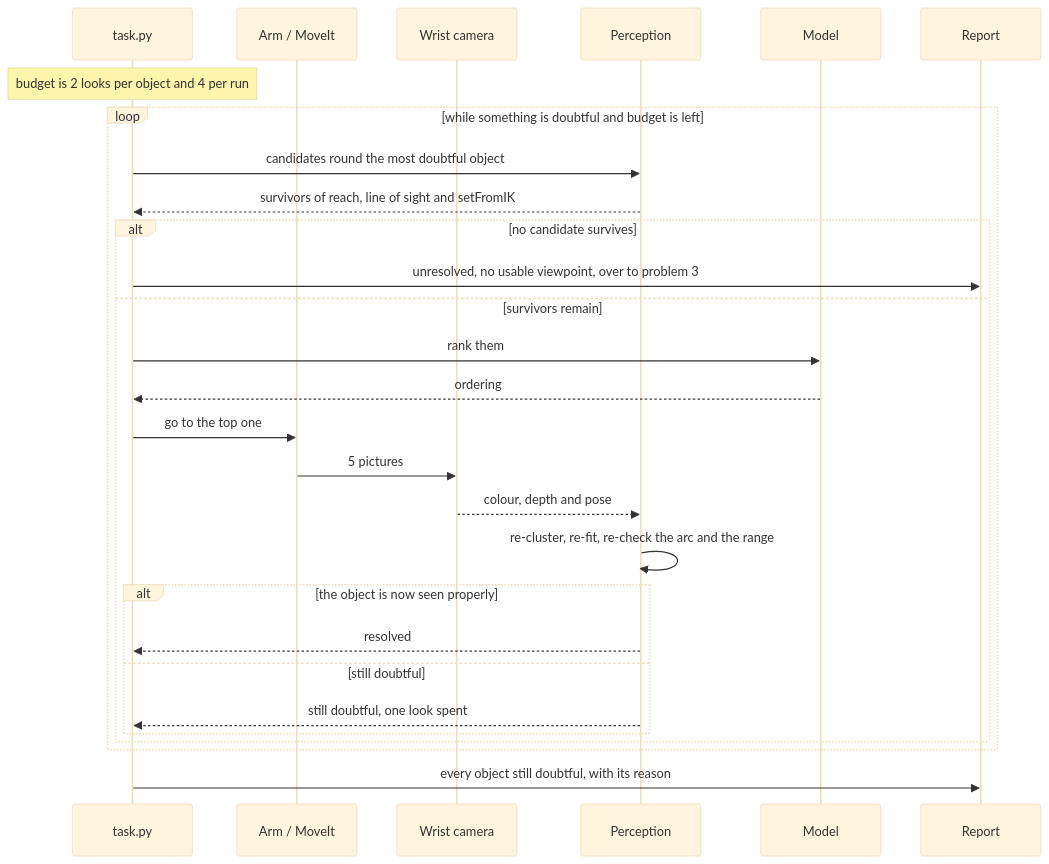
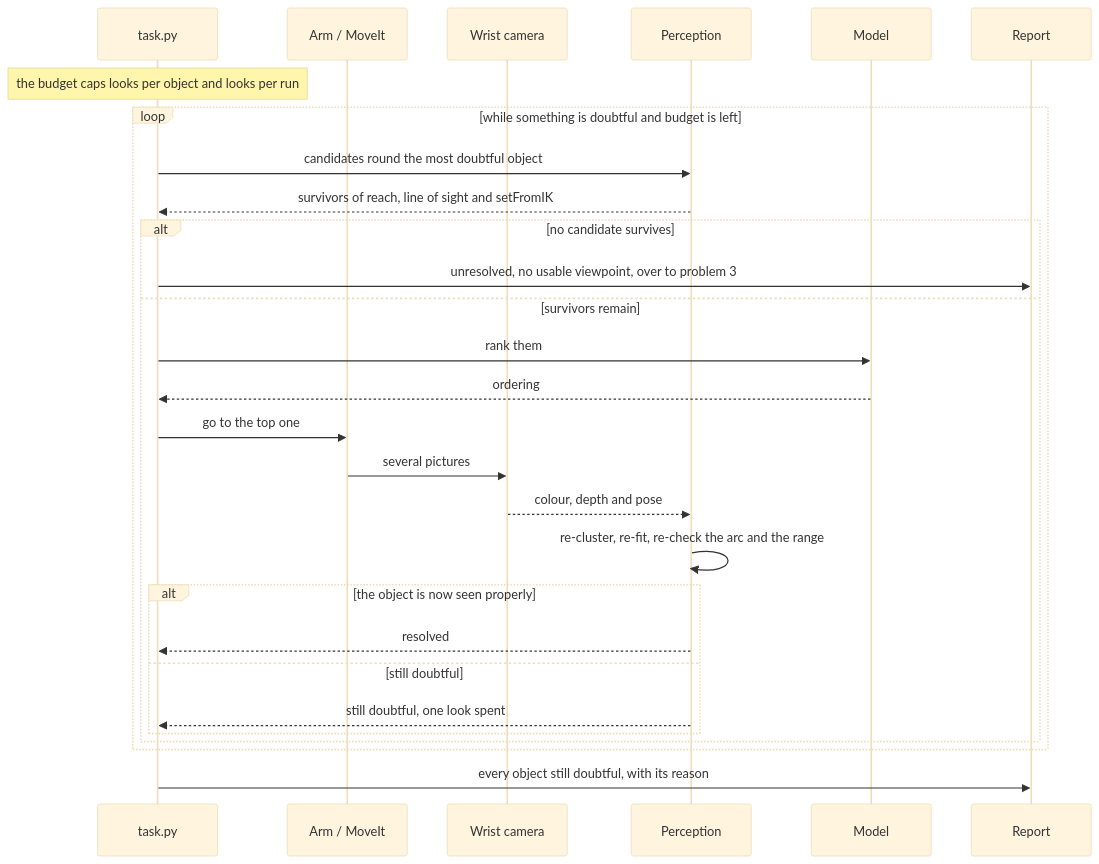
One commit to RobinNagpal/robot-arm-projects changed the second of 3 diagrams in v5-pick-glasses/docs/problem-2/solutions/04-learned-doubt-steers-the-next-picture.md. Above: the diagram before and after it, drawn with Mermaid (base theme). The commit also changed other lines of this file, not shown here.

````diff
--- a/v5-pick-glasses/docs/problem-2/solutions/04-learned-doubt-steers-the-next-picture.md
+++ b/v5-pick-glasses/docs/problem-2/solutions/04-learned-doubt-steers-the-next-picture.md
@@ -221,31 +235,31 @@
 ```mermaid
 sequenceDiagram
     participant T as task.py
     participant A as Arm / MoveIt
     participant C as Wrist camera
     participant P as Perception
     participant M as Model
     participant R as Report
 
-    Note over T: budget is 2 looks per object and 4 per run
+    Note over T: the budget caps looks per object and looks per run
     loop while something is doubtful and budget is left
         T->>P: candidates round the most doubtful object
         P-->>T: survivors of reach, line of sight and setFromIK
         alt no candidate survives
             T->>R: unresolved, no usable viewpoint, over to problem 3
         else survivors remain
             T->>M: rank them
             M-->>T: ordering
             T->>A: go to the top one
-            A->>C: 5 pictures
+            A->>C: several pictures
             C-->>P: colour, depth and pose
             P->>P: re-cluster, re-fit, re-check the arc and the range
             alt the object is now seen properly
                 P-->>T: resolved
             else still doubtful
                 P-->>T: still doubtful, one look spent
             end
         end
     end
     T->>R: every object still doubtful, with its reason
 ```
````
